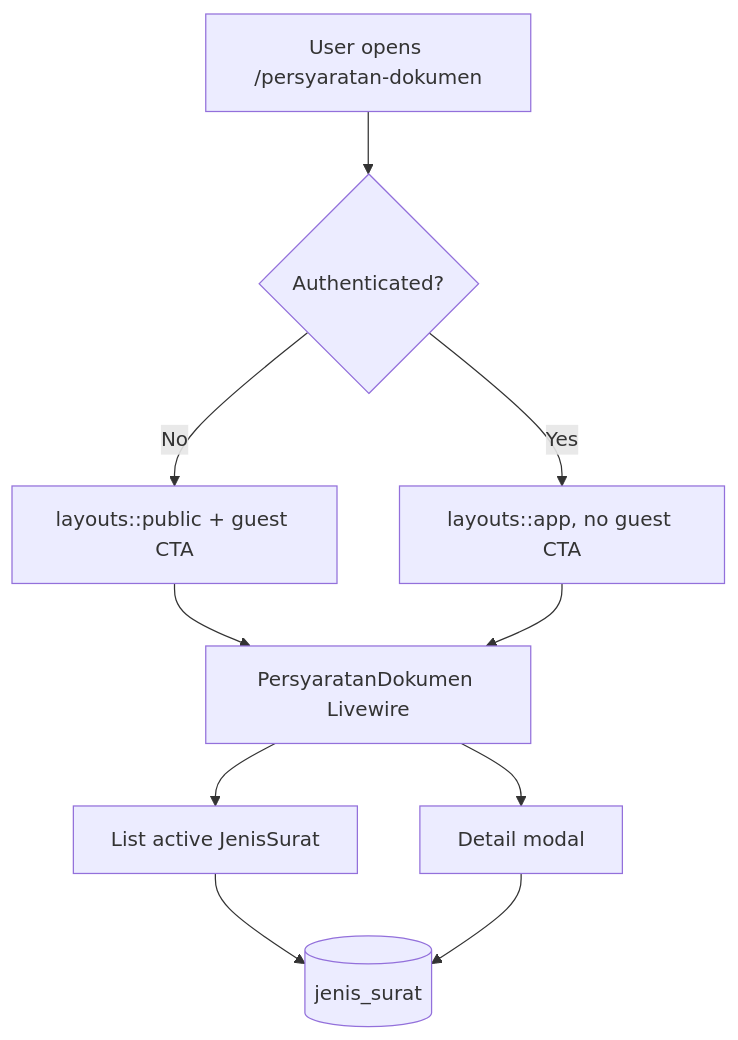
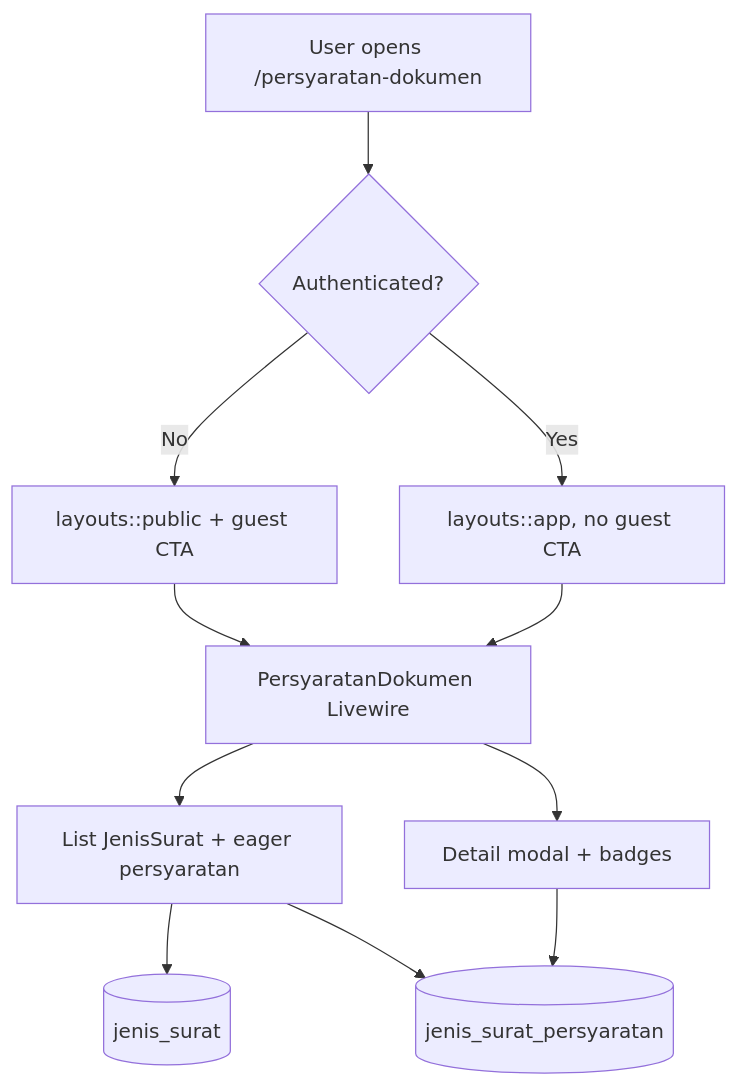
The first of 2 diagrams in docs/dev-docs/features/persyaratan-dokumen.md (ZulfikarHD/sistem-desa), drawn with Mermaid before and after one commit. The commit also changed other lines of this file and 23 other files, not shown here.

````diff
--- a/docs/dev-docs/features/persyaratan-dokumen.md
+++ b/docs/dev-docs/features/persyaratan-dokumen.md
@@ -9,12 +9,13 @@
 ```mermaid
 flowchart TD
     A[User opens /persyaratan-dokumen] --> B{Authenticated?}
     B -->|No| C[layouts::public + guest CTA]
     B -->|Yes| D[layouts::app, no guest CTA]
     C --> E[PersyaratanDokumen Livewire]
     D --> E
-    E --> F[List active JenisSurat]
-    E --> G[Detail modal]
+    E --> F[List JenisSurat + eager persyaratan]
+    E --> G[Detail modal + badges]
     F --> H[(jenis_surat)]
-    G --> H
+    F --> I[(jenis_surat_persyaratan)]
+    G --> I
 ```
````
